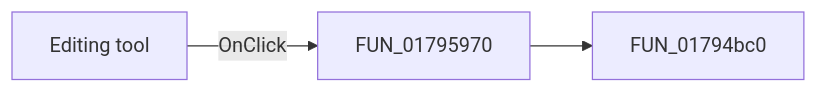
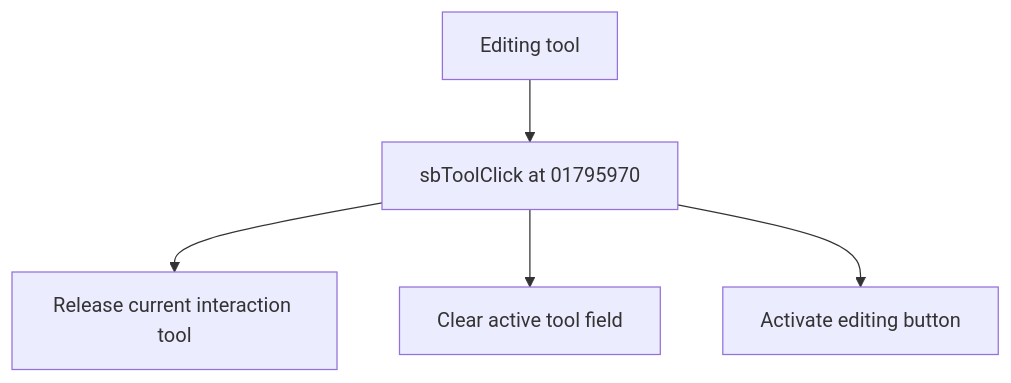
One commit to MovGP0/TIARA changed the diagram in docs/ui-controls/shapeedit/sbedit-c17eef19e4.md. Above: the diagram before and after it, drawn with Mermaid. The commit also changed other lines of this file and 1062 other files, not shown here.

````diff
--- a/docs/ui-controls/shapeedit/sbedit-c17eef19e4.md
+++ b/docs/ui-controls/shapeedit/sbedit-c17eef19e4.md
@@ -27,5 +25,7 @@
 ```mermaid
-flowchart LR
-    control["Editing tool"] -->|OnClick| handler["FUN_01795970"]
-    handler --> call1["FUN_01794bc0"]
+flowchart TD
+    control["Editing tool"] --> handler["sbToolClick at 01795970"]
+    handler --> step1["Release current interaction tool"]
+    handler --> step2["Clear active tool field"]
+    handler --> step3["Activate editing button"]
 ```
````
